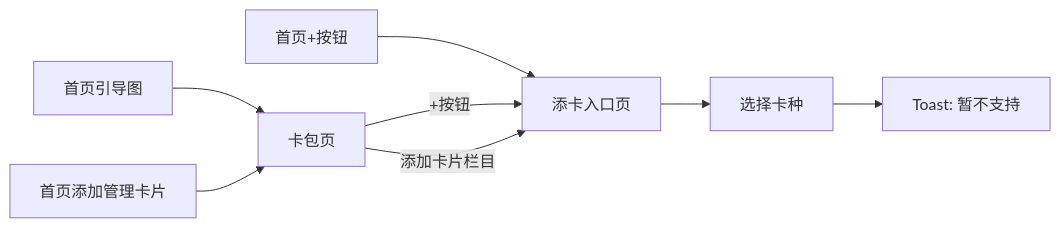
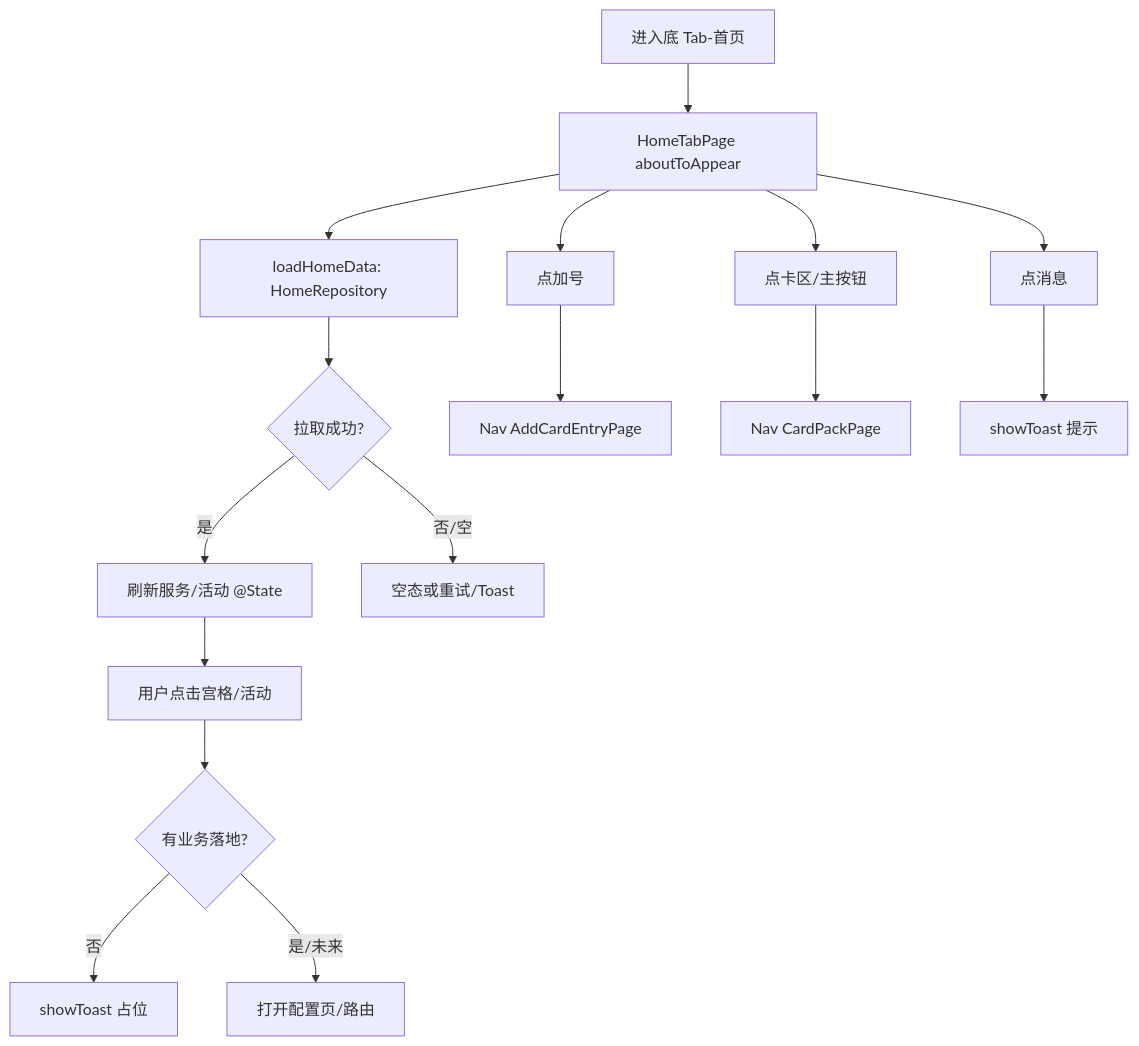
The diagram in doc/features/home-page/PRD.md (sqsqsq/SimulatedWalletForHmos), drawn with Mermaid before and after one commit. The commit also changed other lines of this file and 36 other files, not shown here.

First line of the commit message:
feat(home-page): 第二次全链路走查，验证 PRD 至真机测试的 framework 管线

````diff
--- a/doc/features/home-page/PRD.md
+++ b/doc/features/home-page/PRD.md
@@ -482,10 +168,18 @@
 ```mermaid
-flowchart LR
-    A1[首页+按钮] --> C[添卡入口页]
-    A2[首页引导图] --> B[卡包页]
-    A3[首页添加管理卡片] --> B
-    B --> |+按钮| C
-    B --> |添加卡片栏目| C
-    C --> D[选择卡种]
-    D --> E[Toast: 暂不支持]
+flowchart TD
+  A[进入底 Tab-首页] --> B[HomeTabPage aboutToAppear]
+  B --> C[loadHomeData: HomeRepository]
+  C --> D{拉取成功?}
+  D -->|是| E[刷新服务/活动 @State]
+  D -->|否/空| F[空态或重试/Toast]
+  E --> G[用户点击宫格/活动]
+  G --> H{有业务落地?}
+  H -->|否| I[showToast 占位]
+  H -->|是/未来| J[打开配置页/路由]
+  B --> K[点加号]
+  K --> L[Nav AddCardEntryPage]
+  B --> M[点卡区/主按钮]
+  M --> N[Nav CardPackPage]
+  B --> O[点消息]
+  O --> P[showToast 提示]
 ```
````
